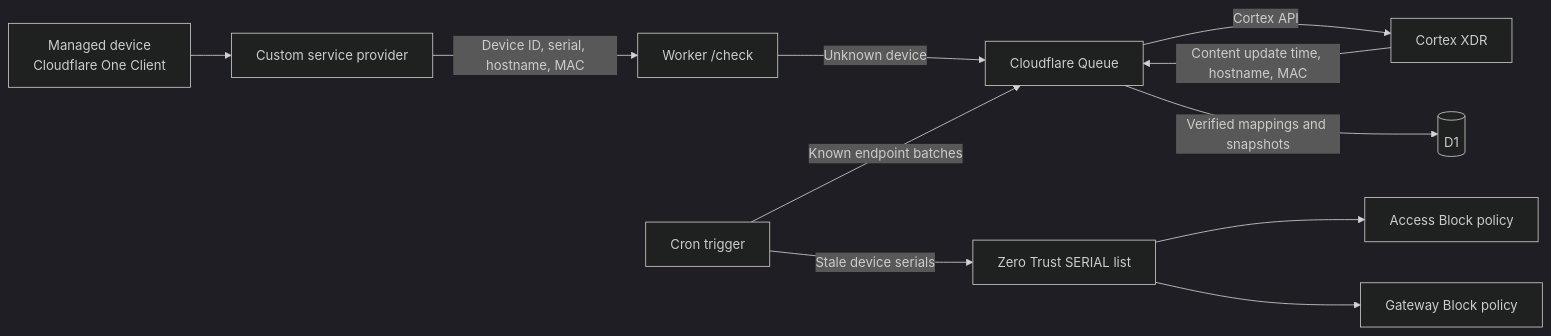
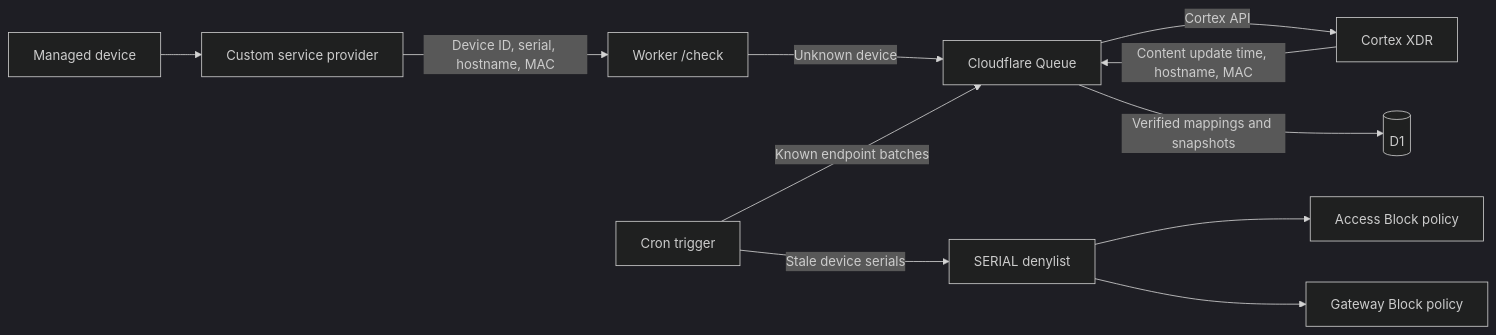
One commit to pongpisit/cloudflare-cortex-posture-worker changed the diagram in README.md. Above: the diagram before and after it, drawn with Mermaid (dark theme). The commit also changed other lines of this file and 5 other files, not shown here.

First line of the commit message:
Restructure docs for public use and harden the mermaid diagram

````diff
--- a/README.md
+++ b/README.md
@@ -45,13 +31,13 @@
 ```mermaid
 flowchart LR
-  D[Managed device<br/>Cloudflare One Client] --> CP[Custom service provider]
-  CP -->|Device ID, serial, hostname, MAC| W[Worker /check]
-  W -->|Unknown device| Q[Cloudflare Queue]
-  C[Cron trigger] -->|Known endpoint batches| Q
-  Q -->|Cortex API| X[Cortex XDR]
-  X -->|Content update time, hostname, MAC| Q
-  Q -->|Verified mappings and snapshots| DB[(D1)]
-  C -->|Stale device serials| L[Zero Trust SERIAL list]
-  L --> A[Access Block policy]
-  L --> G[Gateway Block policy]
+  D["Managed device"] --> CP["Custom service provider"]
+  CP -->|"Device ID, serial, hostname, MAC"| W["Worker /check"]
+  W -->|"Unknown device"| Q["Cloudflare Queue"]
+  C["Cron trigger"] -->|"Known endpoint batches"| Q
+  Q -->|"Cortex API"| X["Cortex XDR"]
+  X -->|"Content update time, hostname, MAC"| Q
+  Q -->|"Verified mappings and snapshots"| DB[("D1")]
+  C -->|"Stale device serials"| L["SERIAL denylist"]
+  L --> A["Access Block policy"]
+  L --> G["Gateway Block policy"]
 ```
````
